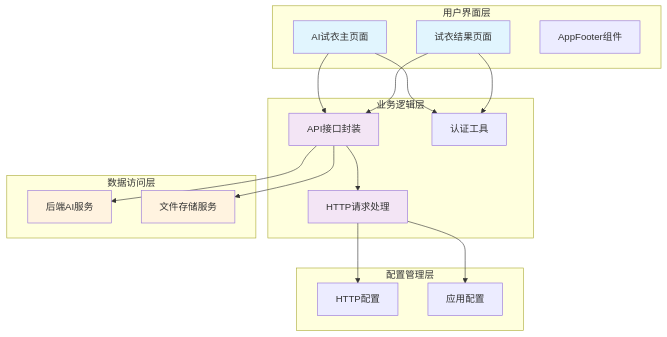
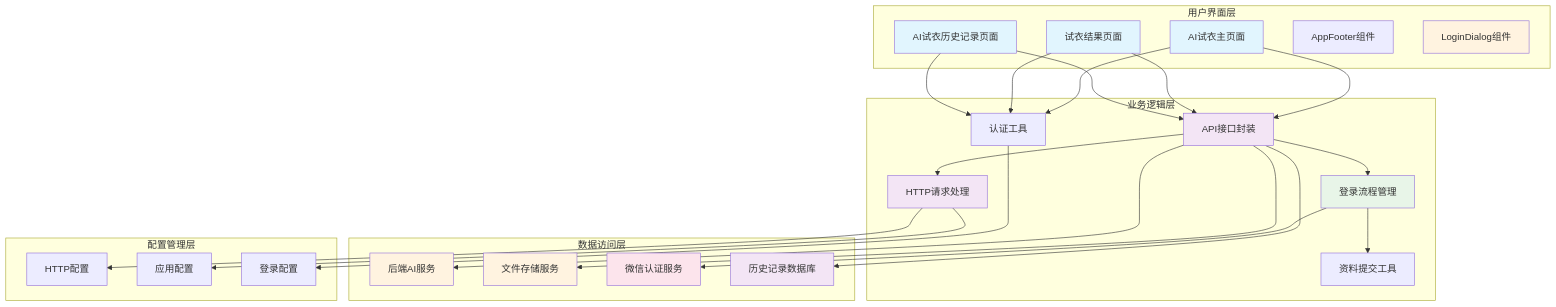
One commit to crazyma99/blueberry changed the second of 18 diagrams in .qoder/repowiki/zh/content/核心功能模块/AI试衣功能.md. Above: the diagram before and after it, drawn with Mermaid. The commit also changed other lines of this file and 7 other files, not shown here.

````diff
--- a/.qoder/repowiki/zh/content/核心功能模块/AI试衣功能.md
+++ b/.qoder/repowiki/zh/content/核心功能模块/AI试衣功能.md
@@ -126,36 +190,55 @@
 ```mermaid
 graph TD
 subgraph "用户界面层"
 A[AI试衣主页面]
 B[试衣结果页面]
-C[AppFooter组件]
+C[AI试衣历史记录页面]
+D[AppFooter组件]
+E[LoginDialog组件]
 end
 subgraph "业务逻辑层"
-D[API接口封装]
-E[认证工具]
-F[HTTP请求处理]
+F[API接口封装]
+G[认证工具]
+H[HTTP请求处理]
+I[登录流程管理]
+J[资料提交工具]
 end
 subgraph "数据访问层"
-G[后端AI服务]
-H[文件存储服务]
+K[后端AI服务]
+L[文件存储服务]
+M[微信认证服务]
+N[历史记录数据库]
 end
 subgraph "配置管理层"
-I[HTTP配置]
-J[应用配置]
+O[HTTP配置]
+P[应用配置]
+Q[登录配置]
 end
-A --> D
-B --> D
-A --> E
-B --> E
-D --> F
+A --> F
+B --> F
+C --> F
+A --> G
+B --> G
+C --> G
+F --> H
+H --> O
+H --> P
 F --> I
-F --> J
-D --> G
-D --> H
+I --> J
+I --> M
+F --> K
+F --> L
+F --> N
+G --> Q
 style A fill:#e1f5fe
 style B fill:#e1f5fe
-style D fill:#f3e5f5
+style C fill:#e1f5fe
+style E fill:#fff3e0
 style F fill:#f3e5f5
-style G fill:#fff3e0
-style H fill:#fff3e0
+style H fill:#f3e5f5
+style I fill:#e8f5e8
+style K fill:#fff3e0
+style L fill:#fff3e0
+style M fill:#fce4ec
+style N fill:#f3e5f5
 ```
````
